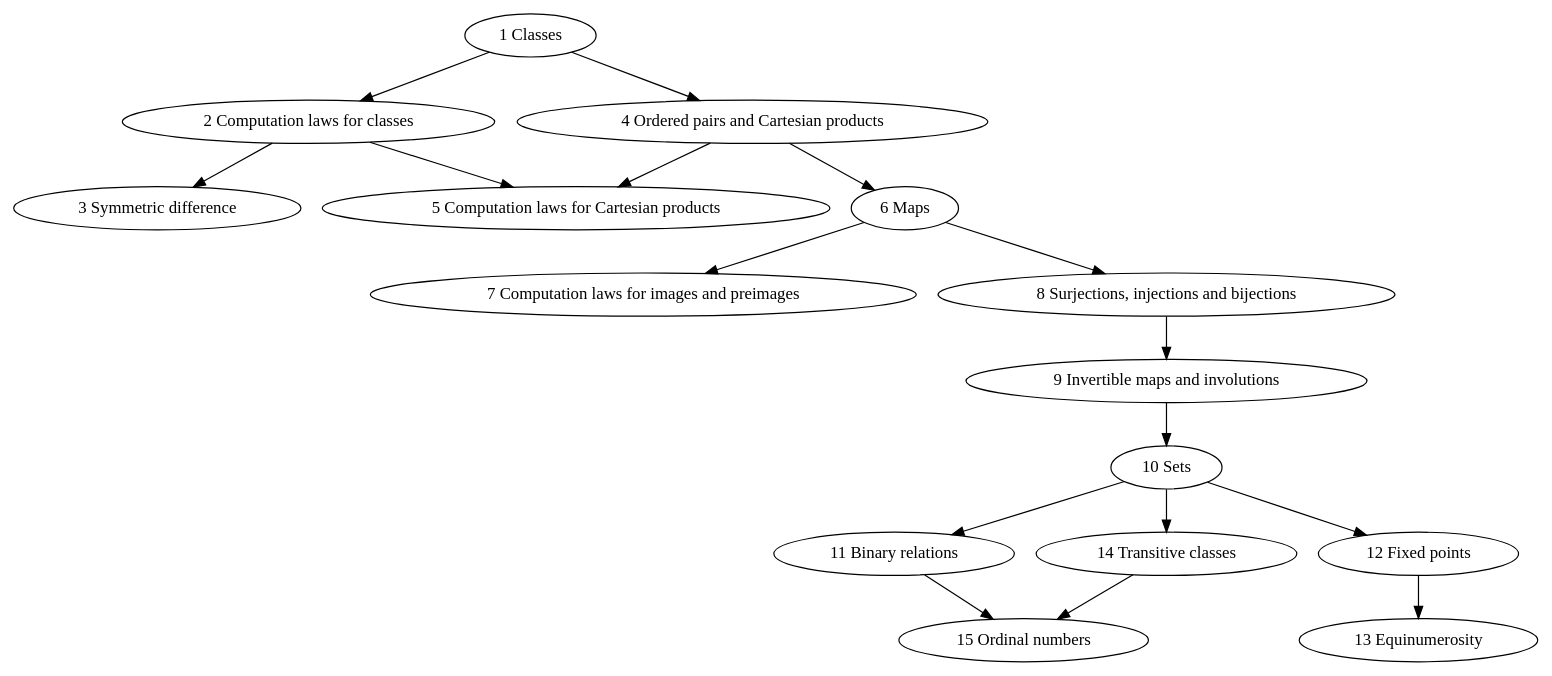
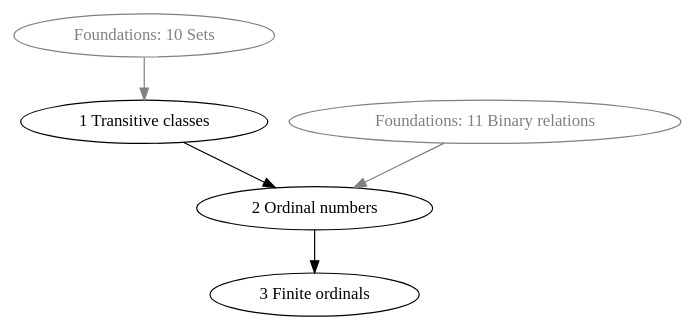
The diagram in examples/set-theory/dependency-graph/graph.dot (naproche/naproche), drawn with Graphviz before and after one commit. The commit also changed 24 other files, not shown here.

Commit message:
Split set theory library

```diff
--- a/examples/set-theory/dependency-graph/graph.dot
+++ b/examples/set-theory/dependency-graph/graph.dot
@@ -1,32 +1,14 @@
 digraph Sections {
-    set_theory_01 [label = "1 Classes"]
-    set_theory_02 [label = "2 Computation laws for classes"]
-    set_theory_03 [label = "3 Symmetric difference"]
-    set_theory_04 [label = "4 Ordered pairs and Cartesian products"]
-    set_theory_05 [label = "5 Computation laws for Cartesian products"]
-    set_theory_06 [label = "6 Maps"]
-    set_theory_07 [label = "7 Computation laws for images and preimages"]
-    set_theory_08 [label = "8 Surjections, injections and bijections"]
-    set_theory_09 [label = "9 Invertible maps and involutions"]
-    set_theory_10 [label = "10 Sets"]
-    set_theory_11 [label = "11 Binary relations"]
-    set_theory_12 [label = "12 Fixed points"]
-    set_theory_13 [label = "13 Equinumerosity"]
-    set_theory_14 [label = "14 Transitive classes"]
-    set_theory_15 [label = "15 Ordinal numbers"]
 
-    set_theory_01                -> set_theory_02
-    set_theory_02                -> set_theory_03
-    set_theory_01                -> set_theory_04
-    set_theory_02, set_theory_04 -> set_theory_05
-    set_theory_04                -> set_theory_06
-    set_theory_06                -> set_theory_07
-    set_theory_06                -> set_theory_08
-    set_theory_08                -> set_theory_09
-    set_theory_09                -> set_theory_10
-    set_theory_10                -> set_theory_11
-    set_theory_10                -> set_theory_12
-    set_theory_12                -> set_theory_13
-    set_theory_10                -> set_theory_14
-    set_theory_11, set_theory_14 -> set_theory_15
+    foundations_10 [label = "Foundations: 10 Sets", color = "gray", fontcolor = "gray"]
+    foundations_11 [label = "Foundations: 11 Binary relations", color = "gray", fontcolor = "gray"]
+
+    set_theory_01 [label = "1 Transitive classes"]
+    set_theory_02 [label = "2 Ordinal numbers"]
+    set_theory_03 [label = "3 Finite ordinals"]
+
+    foundations_10  -> set_theory_01    [color = "gray"]
+    foundations_11  -> set_theory_02    [color = "gray"]
+    set_theory_01   -> set_theory_02
+    set_theory_02   -> set_theory_03
 }
```
